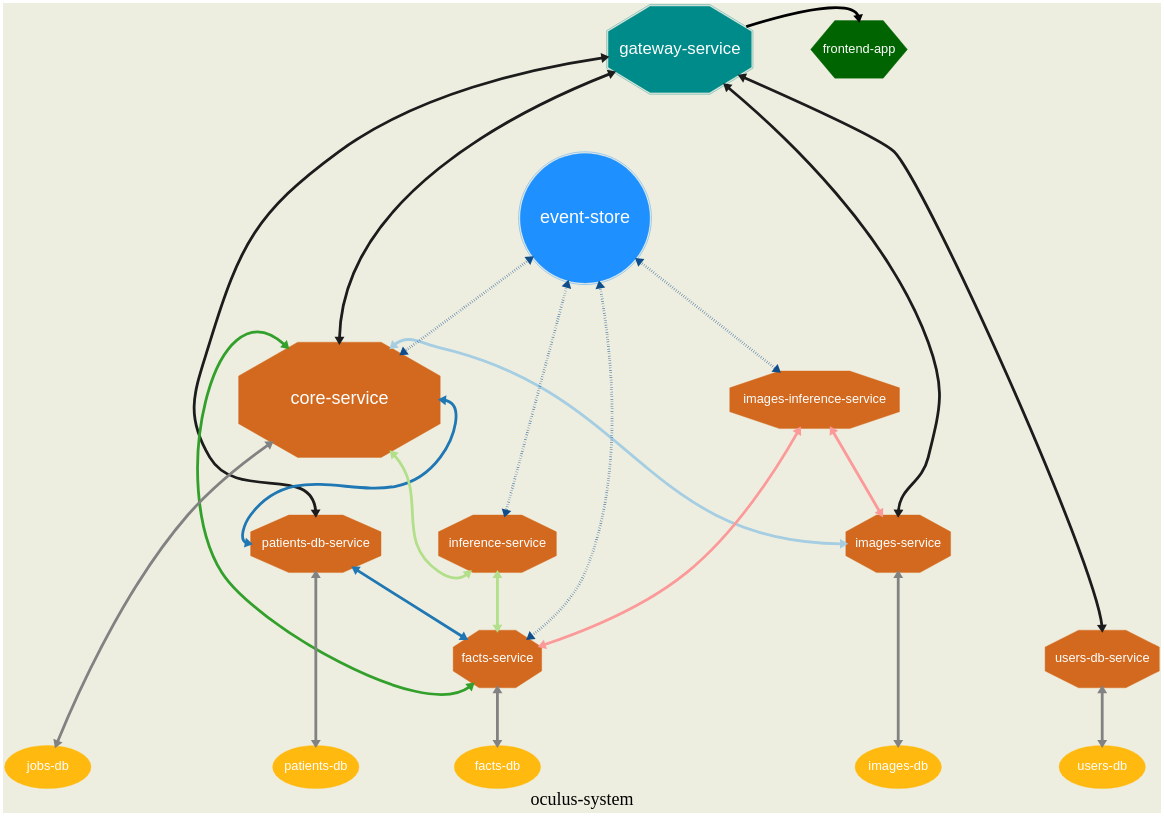
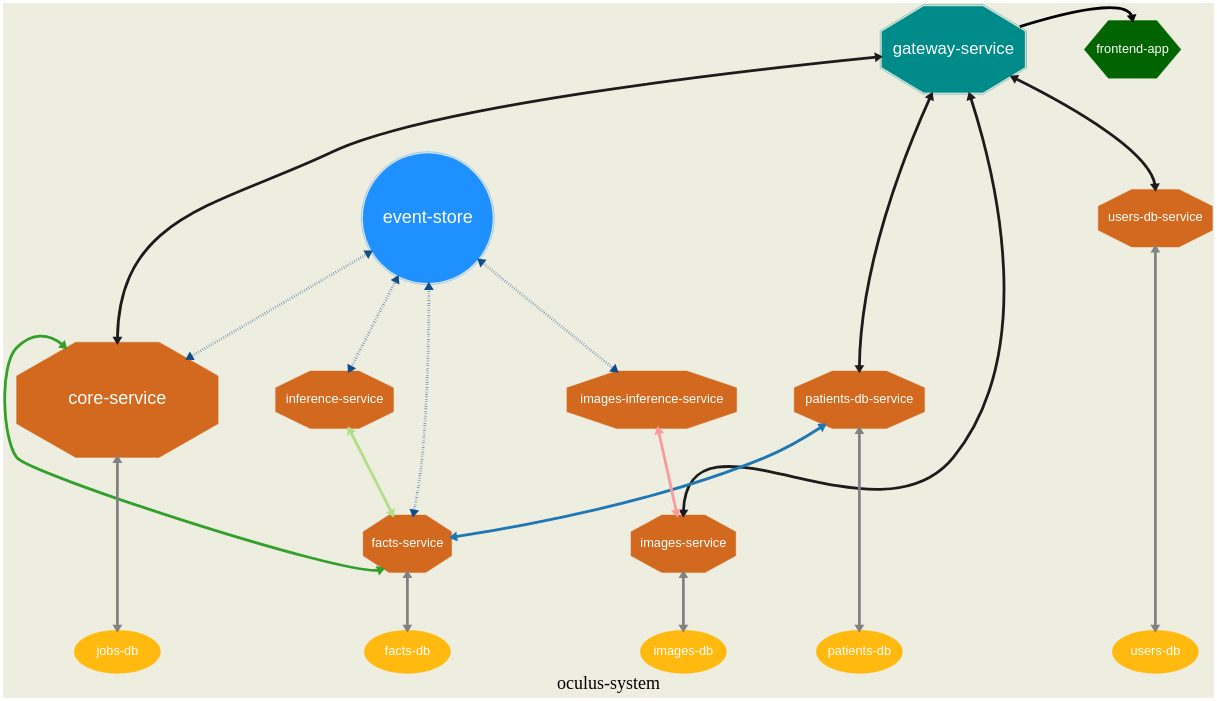
The diagram in oculus-system.gv (OCULUS-project/oculus-system-map), drawn with Graphviz before and after one commit. The commit also changed 1 other file, not shown here.

```diff
--- a/oculus-system.gv
+++ b/oculus-system.gv
@@ -1,91 +1,87 @@
 digraph oculus {
     
     label="oculus-system" 
    
     graph [fontsize=45 ranksep=2 bgcolor=ivory2]
     node [fontname=Arial fontcolor=white]
     edge [dir=both penwidth=7] 
     nodesep=2
 
     subgraph gateway {
         node [fontsize=42 shape=doubleoctagon style=filled color=cyan4 height=3]
 
         {rank=source; "gateway-service"}
     }
     
     subgraph services {
         node [padding=5 fontsize=32 shape=octagon style=filled color=chocolate height=2 colorsheme=paired12]
         edge [style=bold colorscheme="paired12"]
 
         "core-service" [padding=8 fontsize=45 height=4 width=7]
         "facts-service"
         "images-service"
         "patients-db-service"
         "users-db-service"
         "inference-service"
         "images-inference-service"
-
-        "core-service" -> "images-service" [headport=w tailport=ne colorsheme=paired12 color=1]
-        "core-service" -> "patients-db-service" [headport=w tailport=e color=2]
-        "core-service" -> "inference-service" [headport=sw tailport=se color=3]
+        
         "core-service" -> "facts-service" [headport=sw tailport=nw color=4]
 
         "inference-service" -> "facts-service" [color=3]
 
         "images-inference-service" -> "images-service" [color=5]
-        "images-inference-service" -> "facts-service" [color=5]
 
         "patients-db-service" -> "facts-service" [color=2]
         
     }
 
     subgraph databases {
         node [fontsize=32 shape=ellipse width=3 style=filled color=darkgoldenrod1 height=1.5]
         
         { rank=sink;
            "jobs-db"
            "facts-db"
            "images-db"
            "patients-db"
            "users-db"
         }
     }
 
     subgraph events {
         node [fontsize=45 shape=doublecircle width=4.5 style=filled color=dodgerblue1]
 
         "event-store"
     }
 
     subgraph frontend {
         node [fontsize=32 shape=hexagon style=filled color=darkgreen height=2]
 
         { rank=source; "frontend-app" }
     }
 
     subgraph gateway_service_connections {
         "gateway-service" -> "frontend-app" [headport=n]
         "gateway-service" -> "core-service" [headport=n color=grey11]
         "gateway-service" -> "images-service" [headport=n color=grey11]
         "gateway-service" -> "patients-db-service" [headport=n color=grey11]
         "gateway-service" -> "users-db-service" [headport=n color=grey11]
     }
 
     subgraph service_db_connections {
         "jobs-db" -> "core-service" [color=gray51]
         "facts-db" -> "facts-service" [color=gray51]
         "images-db" -> "images-service" [color=gray51]
         "patients-db" -> "patients-db-service" [color=gray51]
         "users-db" -> "users-db-service" [color=gray51]
     }
 
     subgraph event_bus {
         edge [style=dotted color=dodgerblue4]
 
         "event-store" -> "core-service"
         "event-store" -> "facts-service"
         "event-store" -> "inference-service"
         "event-store" -> "images-inference-service"
     }
 
 }
```
